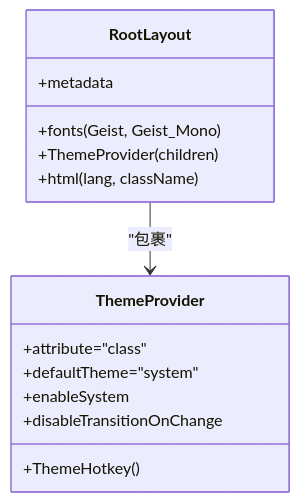
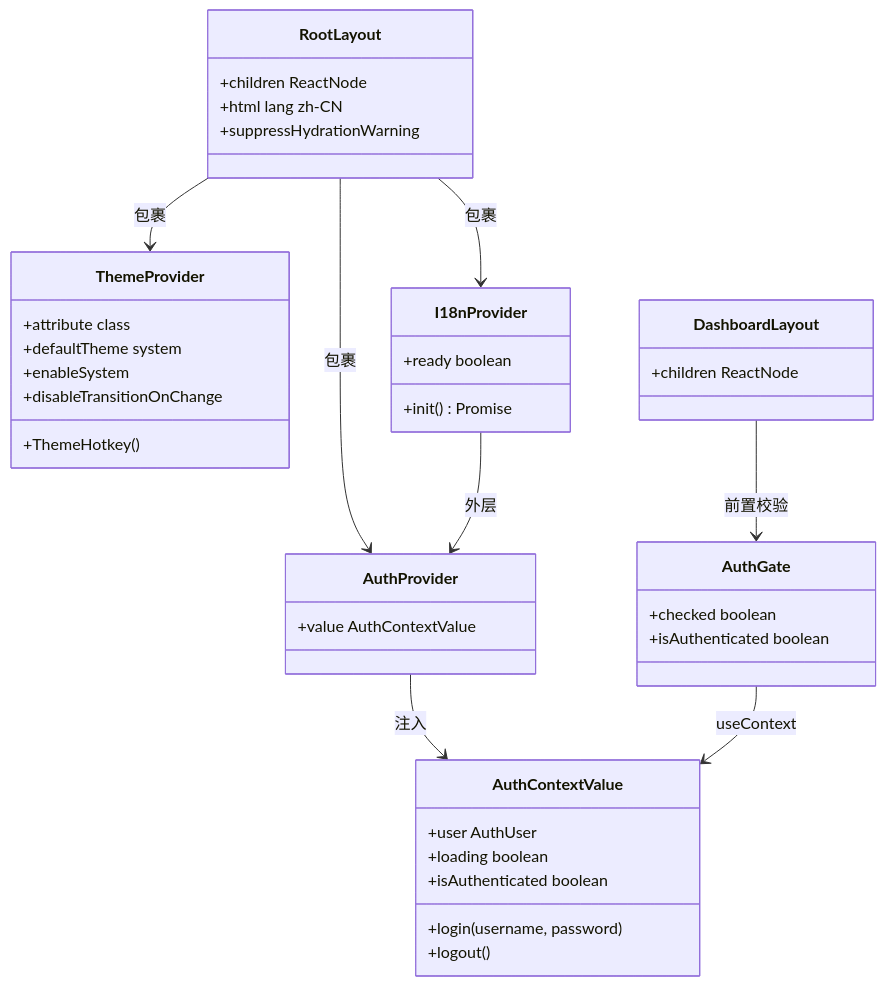
One commit to x01n/My-OpenWaf changed the second of 8 diagrams in docs/前端管理界面/Next.js 架构设计/Next.js 架构设计.md. Above: the diagram before and after it, drawn with Mermaid. The commit also changed other lines of this file and 622 other files, not shown here.

````diff
--- a/docs/前端管理界面/Next.js 架构设计/Next.js 架构设计.md
+++ b/docs/前端管理界面/Next.js 架构设计/Next.js 架构设计.md
@@ -168,17 +230,43 @@
 ```mermaid
 classDiagram
-class RootLayout {
-+metadata
-+fonts(Geist, Geist_Mono)
-+ThemeProvider(children)
-+html(lang, className)
-}
-class ThemeProvider {
-+attribute="class"
-+defaultTheme="system"
-+enableSystem
-+disableTransitionOnChange
-+ThemeHotkey()
-}
-RootLayout --> ThemeProvider : "包裹"
+  class RootLayout {
+    +children ReactNode
+    +html lang zh-CN
+    +suppressHydrationWarning
+  }
+  class ThemeProvider {
+    +attribute class
+    +defaultTheme system
+    +enableSystem
+    +disableTransitionOnChange
+    +ThemeHotkey()
+  }
+  class I18nProvider {
+    +ready boolean
+    +init() Promise
+  }
+  class AuthProvider {
+    +value AuthContextValue
+  }
+  class AuthContextValue {
+    +user AuthUser
+    +loading boolean
+    +login(username, password)
+    +logout()
+    +isAuthenticated boolean
+  }
+  class DashboardLayout {
+    +children ReactNode
+  }
+  class AuthGate {
+    +checked boolean
+    +isAuthenticated boolean
+  }
+  RootLayout --> ThemeProvider : 包裹
+  RootLayout --> I18nProvider : 包裹
+  RootLayout --> AuthProvider : 包裹
+  AuthProvider --> AuthContextValue : 注入
+  DashboardLayout --> AuthGate : 前置校验
+  AuthGate --> AuthContextValue : useContext
+  I18nProvider --> AuthProvider : 外层
 ```
````
